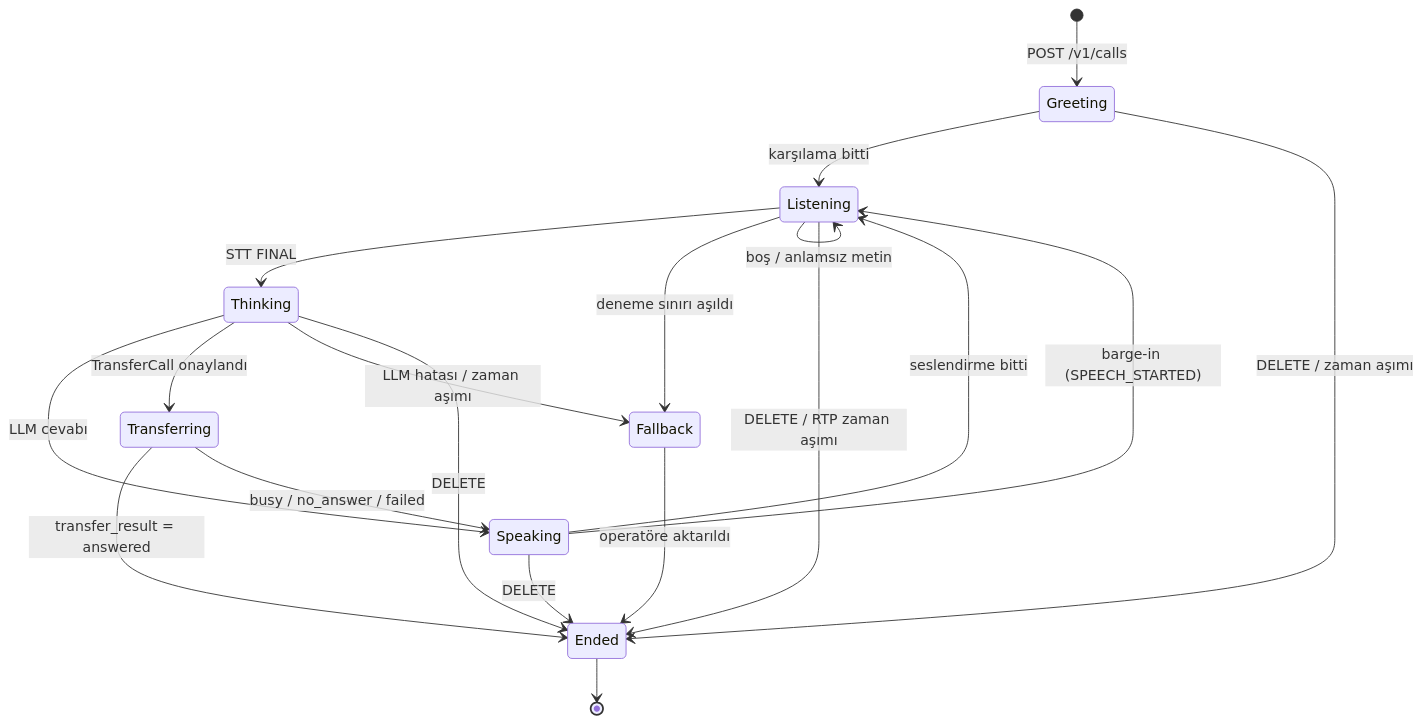
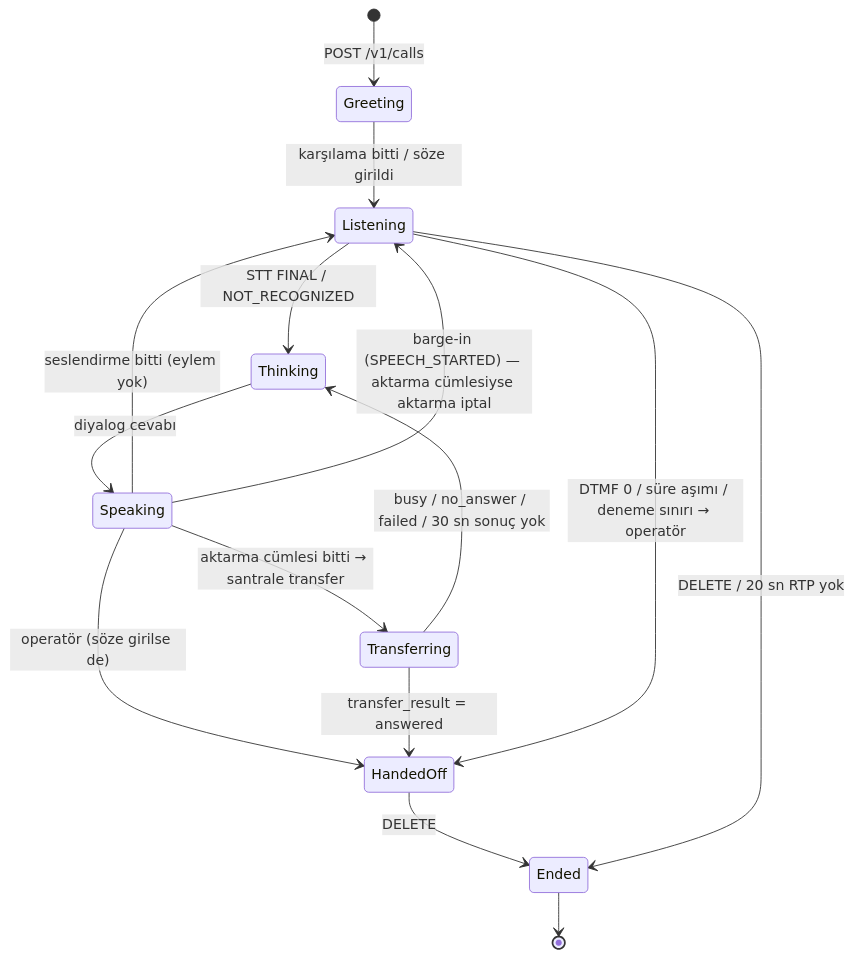
One commit to Tugbacevikk/sesli-asistan-gateway changed the fourth of 11 diagrams in docs/tasarim.md. Above: the diagram before and after it, drawn with Mermaid. The commit also changed other lines of this file and 19 other files, not shown here.

First line of the commit message:
Aşama 5: santral entegrasyonu — REST API, CallManager, CallSession durum makinesi, RTP medya, santral istemcisi, çalışan servis, santral simülatörü

````diff
--- a/docs/tasarim.md
+++ b/docs/tasarim.md
@@ -324,21 +328,17 @@
 ```mermaid
 stateDiagram-v2
     [*] --> Greeting: POST /v1/calls
-    Greeting --> Listening: karşılama bitti
-    Listening --> Thinking: STT FINAL
-    Listening --> Listening: boş / anlamsız metin
-    Thinking --> Speaking: LLM cevabı
-    Thinking --> Transferring: TransferCall onaylandı
-    Thinking --> Fallback: LLM hatası / zaman aşımı
-    Speaking --> Listening: seslendirme bitti
-    Speaking --> Listening: barge-in (SPEECH_STARTED)
-    Transferring --> Ended: transfer_result = answered
-    Transferring --> Speaking: busy / no_answer / failed
-    Fallback --> Ended: operatöre aktarıldı
-    Listening --> Fallback: deneme sınırı aşıldı
-    Greeting --> Ended: DELETE / zaman aşımı
-    Listening --> Ended: DELETE / RTP zaman aşımı
-    Speaking --> Ended: DELETE
-    Thinking --> Ended: DELETE
+    Greeting --> Listening: karşılama bitti / söze girildi
+    Listening --> Thinking: STT FINAL / NOT_RECOGNIZED
+    Thinking --> Speaking: diyalog cevabı
+    Speaking --> Listening: seslendirme bitti (eylem yok)
+    Speaking --> Listening: barge-in (SPEECH_STARTED) — aktarma cümlesiyse aktarma iptal
+    Speaking --> Transferring: aktarma cümlesi bitti → santrale transfer
+    Speaking --> HandedOff: operatör (söze girilse de)
+    Transferring --> HandedOff: transfer_result = answered
+    Transferring --> Thinking: busy / no_answer / failed / 30 sn sonuç yok
+    Listening --> HandedOff: DTMF 0 / süre aşımı / deneme sınırı → operatör
+    HandedOff --> Ended: DELETE
+    Listening --> Ended: DELETE / 20 sn RTP yok
     Ended --> [*]
 ```
````
